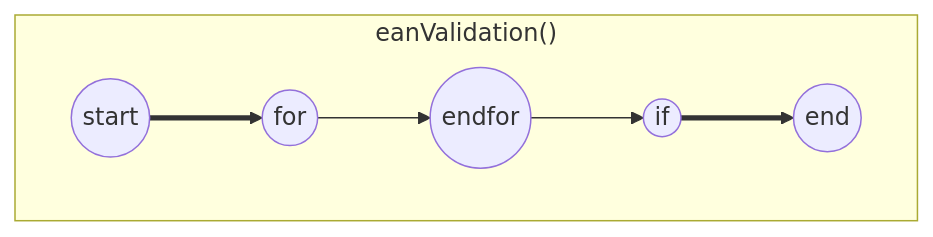
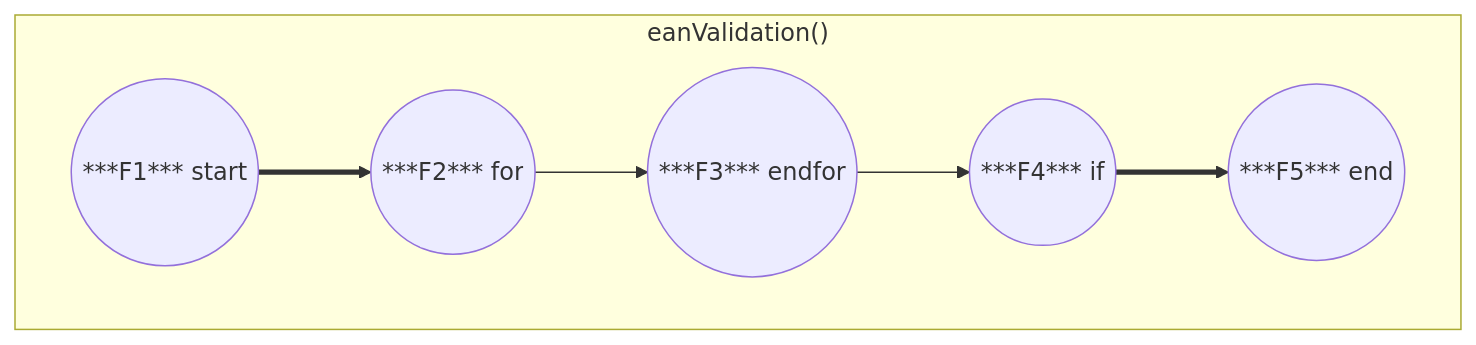
Before and after one commit to AlbelNox/EAN-Progamm: the sixth of 8 diagrams in Walkthrough.md, drawn with Mermaid. The commit also changed other lines of this file, not shown here.

First line of the commit message:
Amend Controll flow graphs with identifikators per field

````diff
--- a/Walkthrough.md
+++ b/Walkthrough.md
@@ -185,9 +185,9 @@
 ```mermaid
 graph TD
 subgraph "eanValidation()"
-A((start)) ==> B((for))
-B --> C((endfor))
-C --> D((if))
-D ==> E((end))
+A((***F1*** start)) ==> B((***F2*** for))
+B --> C((***F3*** endfor))
+C --> D((***F4*** if))
+D ==> E((***F5*** end))
 end
 ```
````
